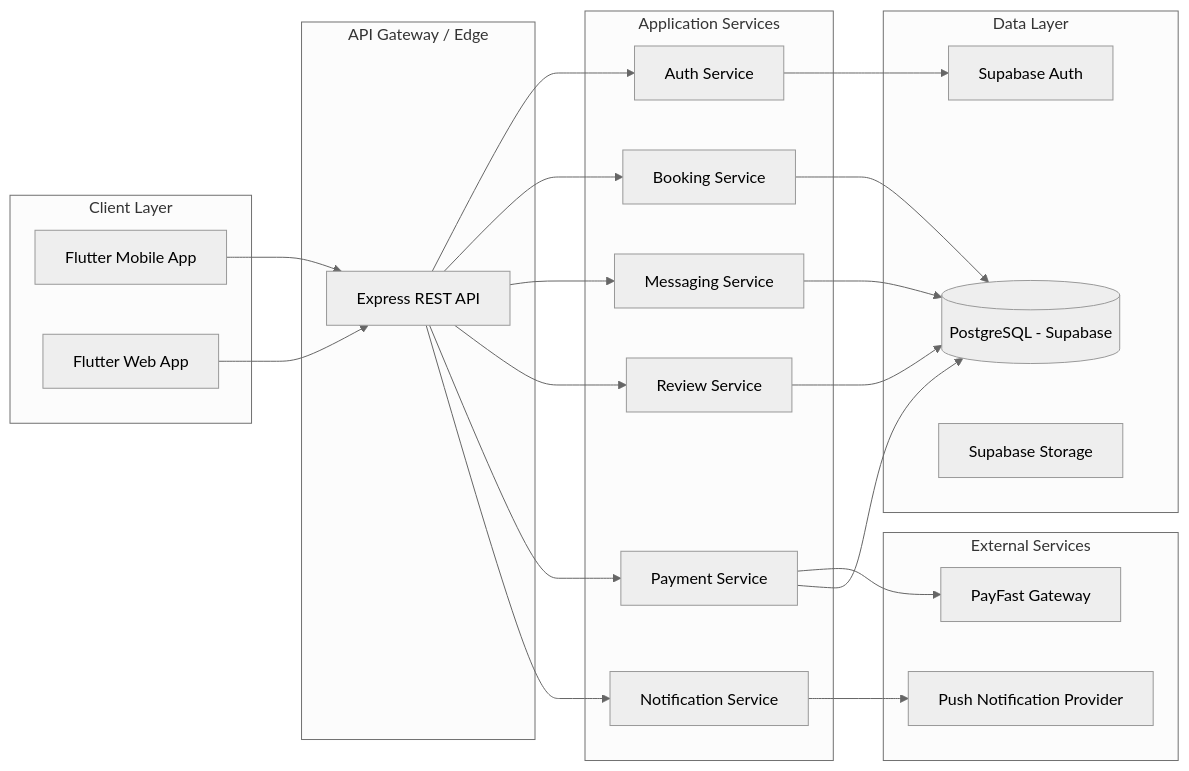
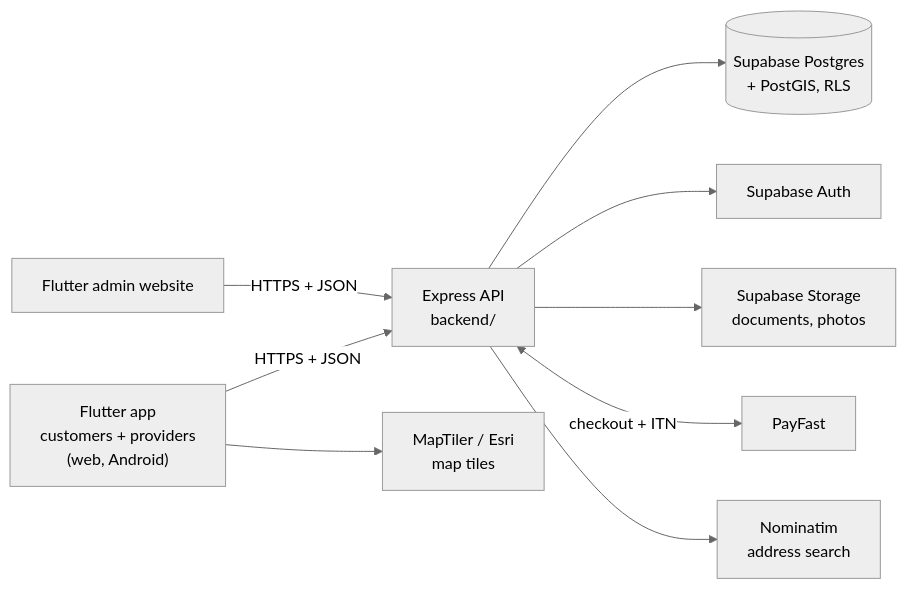
Before and after one commit to Katlegomalema/connectlocal: the diagram in README.md, drawn with Mermaid (neutral theme). The commit also changed other lines of this file and 16 other files, not shown here.

````diff
--- a/README.md
+++ b/README.md
@@ -57,42 +41,11 @@
 ```mermaid
 flowchart LR
-    subgraph Client["Client Layer"]
-        A[Flutter Mobile App]
-        B[Flutter Web App]
-    end
-
-    subgraph Edge["API Gateway / Edge"]
-        C[Express REST API]
-    end
-
-    subgraph Services["Application Services"]
-        D[Auth Service]
-        E[Booking Service]
-        F[Messaging Service]
-        G[Review Service]
-        H[Payment Service]
-        I[Notification Service]
-    end
-
-    subgraph Data["Data Layer"]
-        J[(PostgreSQL - Supabase)]
-        K[Supabase Auth]
-        L[Supabase Storage]
-    end
-
-    subgraph External["External Services"]
-        M[PayFast Gateway]
-        N[Push Notification Provider]
-    end
-
-    A --> C
-    B --> C
-    C --> D & E & F & G & H & I
-    D --> K
-    E --> J
-    F --> J
-    G --> J
-    H --> M
-    H --> J
-    I --> N
+    A["Flutter app<br/>customers + providers<br/>(web, Android)"] -->|HTTPS + JSON| C
+    B["Flutter admin website"] -->|HTTPS + JSON| C
+    C["Express API<br/>backend/"] --> D[("Supabase Postgres<br/>+ PostGIS, RLS")]
+    C --> E["Supabase Auth"]
+    C --> F["Supabase Storage<br/>documents, photos"]
+    C <-->|checkout + ITN| G["PayFast"]
+    C --> H["Nominatim<br/>address search"]
+    A --> I["MapTiler / Esri<br/>map tiles"]
 ```
````
